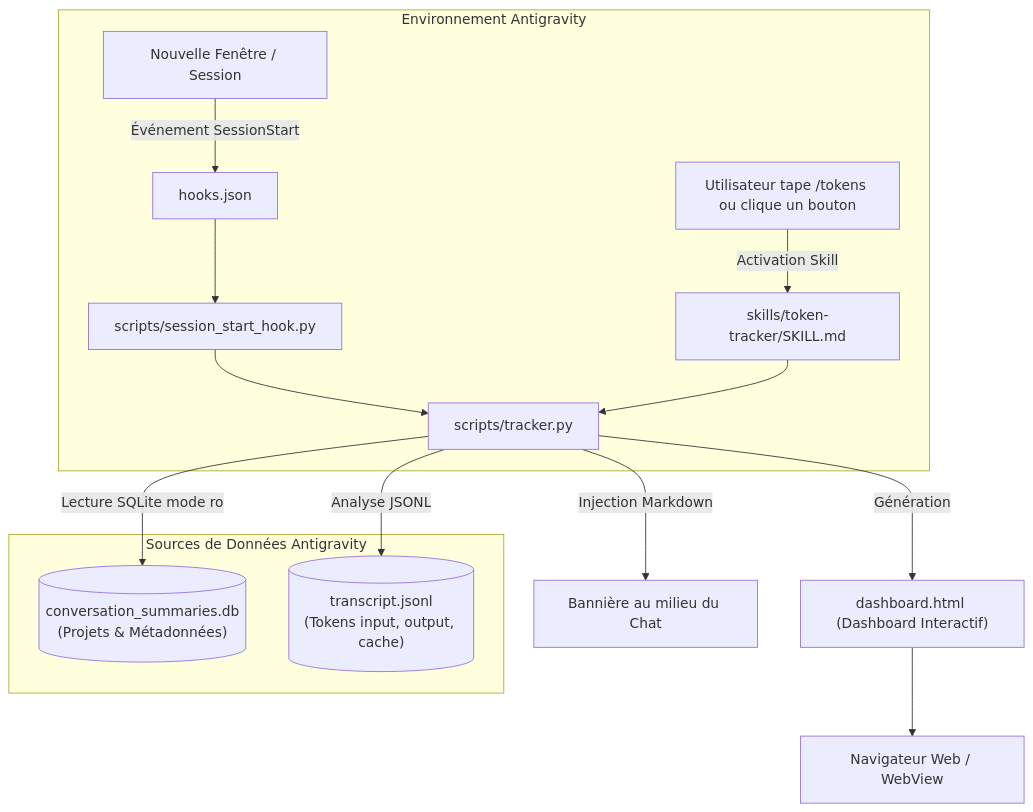
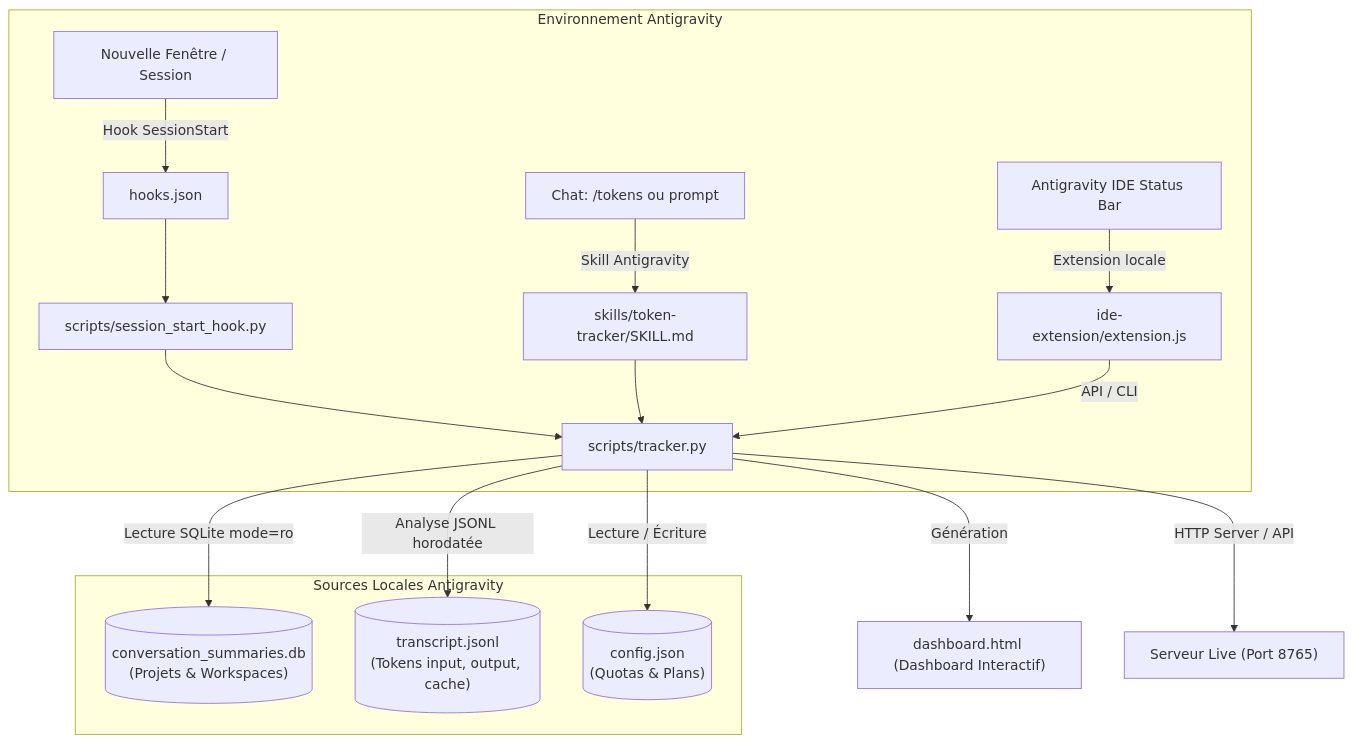
One commit to Racem-H-coder/antigravity-token-tracker changed the diagram in README.md. Above: the diagram before and after it, drawn with Mermaid. The commit also changed other lines of this file and 10 other files, not shown here.

First line of the commit message:
feat: add IDE status bar extension, rolling quotas, and universal installer

````diff
--- a/README.md
+++ b/README.md
@@ -29,23 +46,27 @@
 ```mermaid
 flowchart TD
     subgraph Antigravity ["Environnement Antigravity"]
-        A["Nouvelle Fenêtre / Session"] -->|Événement SessionStart| B["hooks.json"]
+        A["Nouvelle Fenêtre / Session"] -->|Hook SessionStart| B["hooks.json"]
         B --> C["scripts/session_start_hook.py"]
         C --> D["scripts/tracker.py"]
         
-        U["Utilisateur tape /tokens ou clique un bouton"] -->|Activation Skill| S["skills/token-tracker/SKILL.md"]
+        U["Chat: /tokens ou prompt"] -->|Skill Antigravity| S["skills/token-tracker/SKILL.md"]
         S --> D
+
+        IDE["Antigravity IDE Status Bar"] -->|Extension locale| E["ide-extension/extension.js"]
+        E -->|API / CLI| D
     end
 
-    subgraph DataSources ["Sources de Données Antigravity"]
-        DB[("conversation_summaries.db\n(Projets & Métadonnées)")]
+    subgraph DataSources ["Sources Locales Antigravity"]
+        DB[("conversation_summaries.db\n(Projets & Workspaces)")]
         Logs[("transcript.jsonl\n(Tokens input, output, cache)")]
+        Cfg[("config.json\n(Quotas & Plans)")]
     end
 
-    D -->|Lecture SQLite mode ro| DB
-    D -->|Analyse JSONL| Logs
+    D -->|Lecture SQLite mode=ro| DB
+    D -->|Analyse JSONL horodatée| Logs
+    D -->|Lecture / Écriture| Cfg
 
-    D -->|Injection Markdown| ChatUI["Bannière au milieu du Chat"]
     D -->|Génération| Dash["dashboard.html (Dashboard Interactif)"]
-    Dash --> Browser["Navigateur Web / WebView"]
+    D -->|HTTP Server / API| Live["Serveur Live (Port 8765)"]
 ```
````
